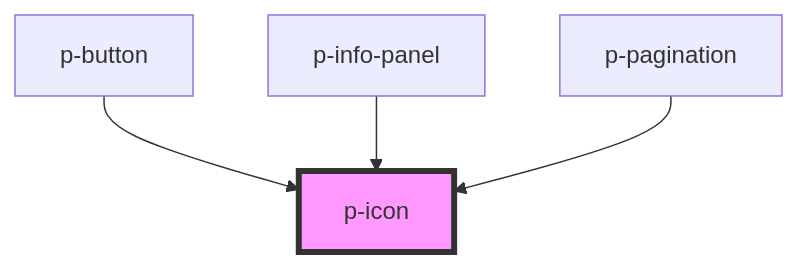
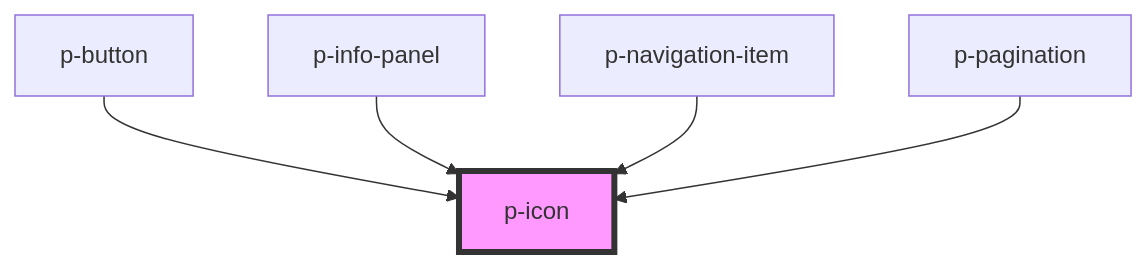
Before and after one commit to Employes/paperless: the diagram in packages/core/src/components/atoms/icon/readme.md, drawn with Mermaid. The commit also changed other lines of this file and 9 other files, not shown here.

Commit message:
feat(Molecules): Add navigation item component

````diff
--- a/packages/core/src/components/atoms/icon/readme.md
+++ b/packages/core/src/components/atoms/icon/readme.md
@@ -31,7 +32,8 @@
 ```mermaid
 graph TD;
   p-button --> p-icon
   p-info-panel --> p-icon
+  p-navigation-item --> p-icon
   p-pagination --> p-icon
   style p-icon fill:#f9f,stroke:#333,stroke-width:4px
 ```
````
